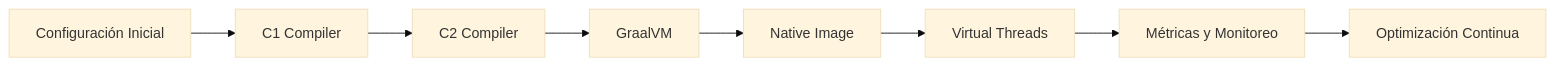
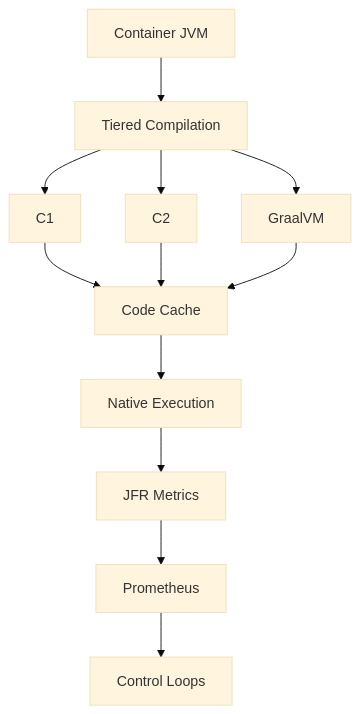
One commit to Joaquinriosheredia/DAM-Java-Mastery changed the sixth of 6 diagrams in _Review/jvm_jit_c1_c2_y_graalvm_internals/jvm_jit_c1_c2_y_graalvm_internals.md. Above: the diagram before and after it, drawn with Mermaid (base theme). The commit also changed other lines of this file, not shown here.

Commit message:
jvm_jit_c1_c2_y_graalvm_internals

````diff
--- a/_Review/jvm_jit_c1_c2_y_graalvm_internals/jvm_jit_c1_c2_y_graalvm_internals.md
+++ b/_Review/jvm_jit_c1_c2_y_graalvm_internals/jvm_jit_c1_c2_y_graalvm_internals.md
@@ -435,10 +978,14 @@
 ```mermaid
-graph LR
-A[Configuración Inicial] --> B[C1 Compiler];
-B --> C[C2 Compiler];
-C --> D[GraalVM];
-D --> E[Native Image];
-E --> F[Virtual Threads];
-F --> G[Métricas y Monitoreo];
-G --> H[Optimización Continua];
+graph TD
+    A[Container JVM] --> B[Tiered Compilation]
+    B --> C[C1]
+    B --> D[C2]
+    B --> E[GraalVM]
+    C --> F[Code Cache]
+    D --> F
+    E --> F
+    F --> G[Native Execution]
+    G --> H[JFR Metrics]
+    H --> I[Prometheus]
+    I --> J[Control Loops]
 ```
````
